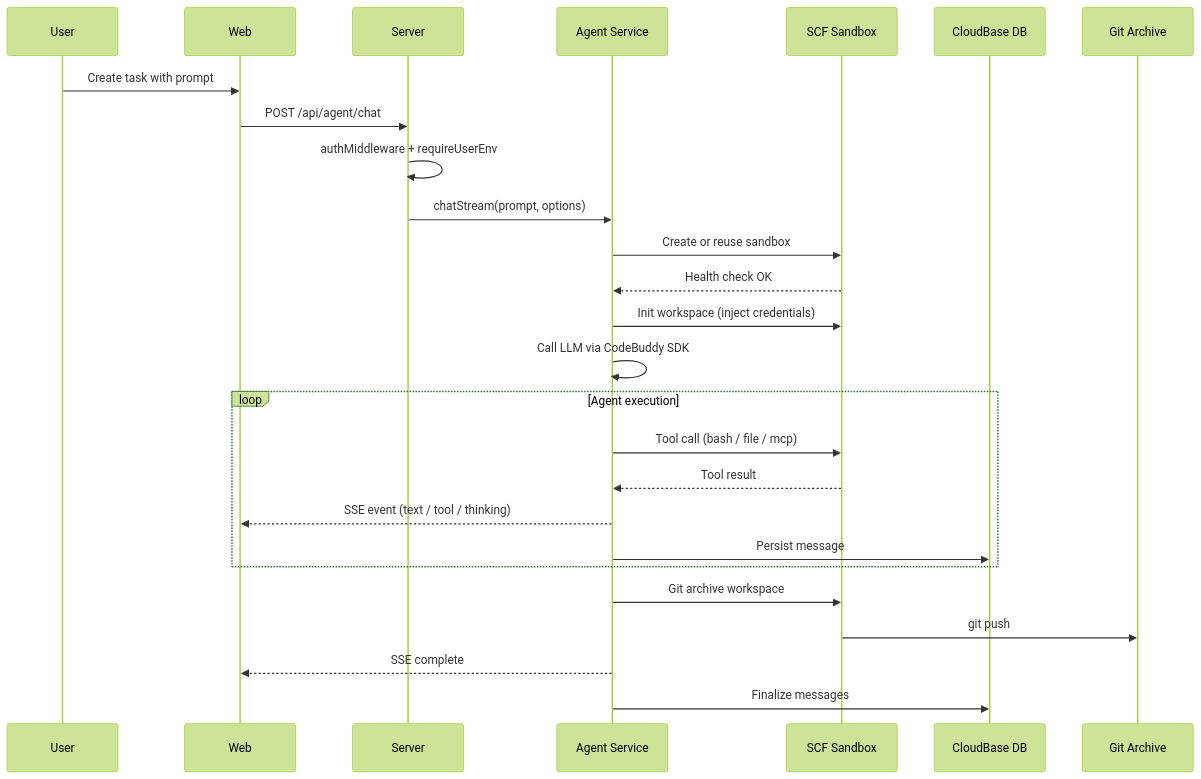
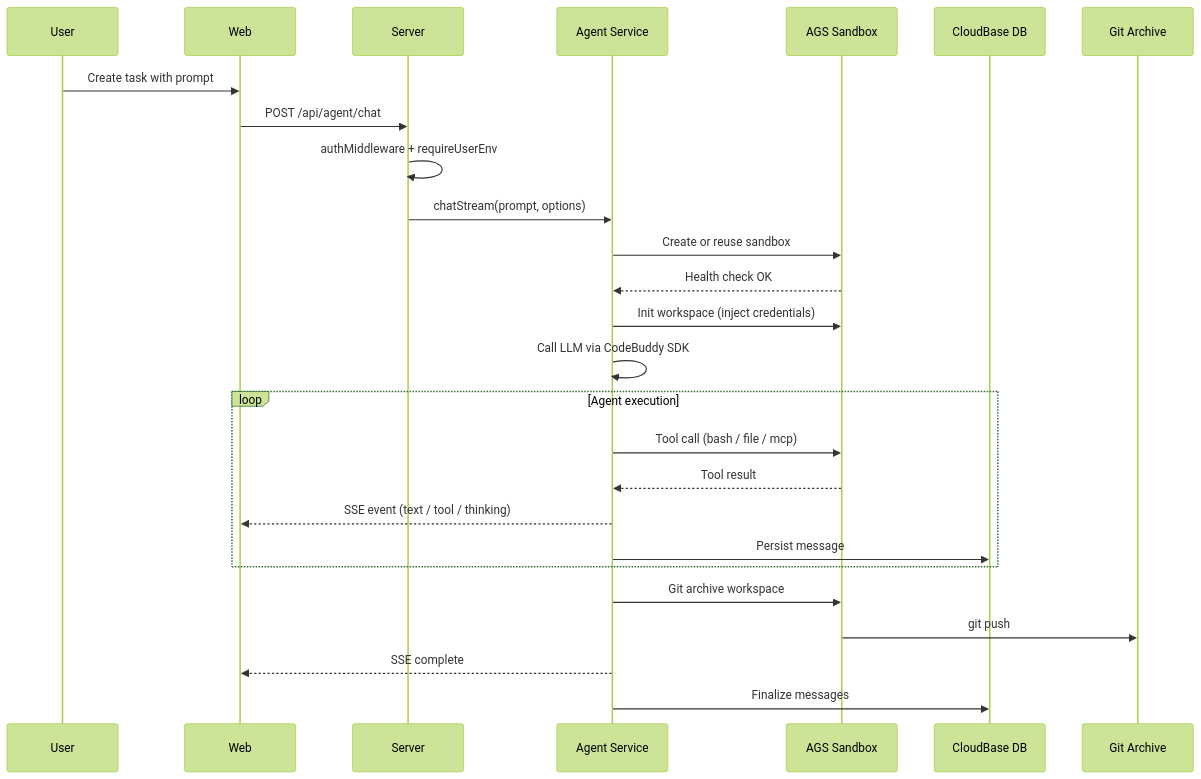
One commit to yhsunshining/coding-agent-template changed the fourth of 5 diagrams in docs/architecture.md. Above: the diagram before and after it, drawn with Mermaid (forest theme). The commit also changed other lines of this file and 5 other files, not shown here.

First line of the commit message:
docs: purge all SCF references, update to AGS-only

````diff
--- a/docs/architecture.md
+++ b/docs/architecture.md
@@ -374,31 +371,31 @@
 ```mermaid
 sequenceDiagram
     participant User
     participant Web
     participant Server
     participant Agent as Agent Service
-    participant Sandbox as SCF Sandbox
+    participant Sandbox as AGS Sandbox
     participant DB as CloudBase DB
     participant Git as Git Archive
 
     User->>Web: Create task with prompt
     Web->>Server: POST /api/agent/chat
     Server->>Server: authMiddleware + requireUserEnv
     Server->>Agent: chatStream(prompt, options)
     Agent->>Sandbox: Create or reuse sandbox
     Sandbox-->>Agent: Health check OK
     Agent->>Sandbox: Init workspace (inject credentials)
     Agent->>Agent: Call LLM via CodeBuddy SDK
 
     loop Agent execution
         Agent->>Sandbox: Tool call (bash / file / mcp)
         Sandbox-->>Agent: Tool result
         Agent-->>Web: SSE event (text / tool / thinking)
         Agent->>DB: Persist message
     end
 
     Agent->>Sandbox: Git archive workspace
     Sandbox->>Git: git push
     Agent-->>Web: SSE complete
     Agent->>DB: Finalize messages
 ```
````
